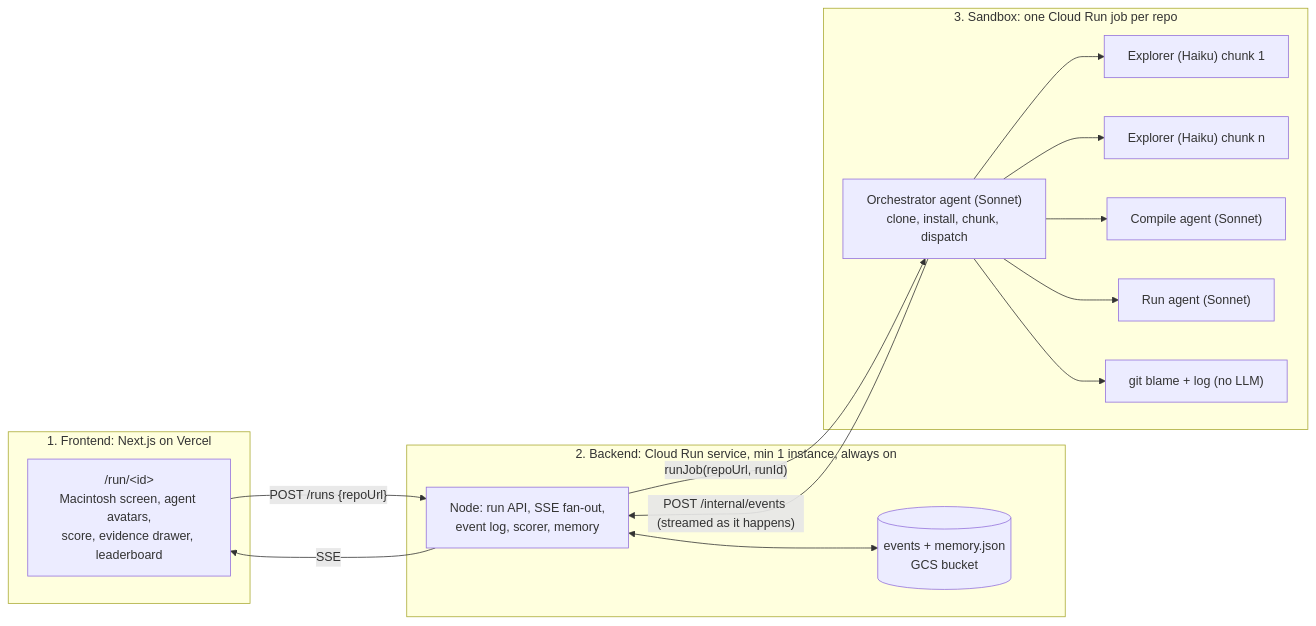
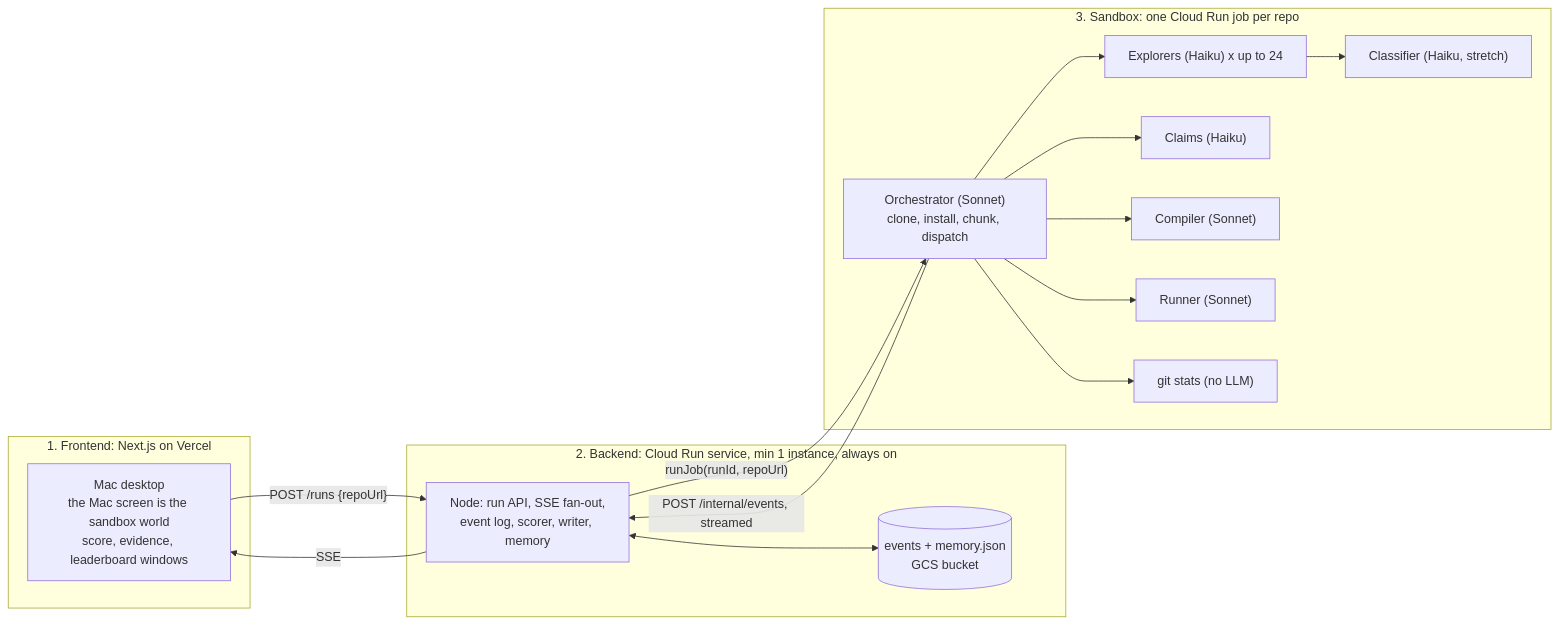
Before and after one commit to brgmry/moonfire-hackathon: the diagram in PLAN.md, drawn with Mermaid. The commit also changed other lines of this file and 6 other files, not shown here.

````diff
--- a/PLAN.md
+++ b/PLAN.md
@@ -18,28 +29,30 @@
 ```mermaid
 flowchart LR
   subgraph FE["1. Frontend: Next.js on Vercel"]
-    UI["/run/&lt;id&gt;<br/>Macintosh screen, agent avatars,<br/>score, evidence drawer, leaderboard"]
+    UI["Mac desktop<br/>the Mac screen is the sandbox world<br/>score, evidence, leaderboard windows"]
   end
   subgraph BE["2. Backend: Cloud Run service, min 1 instance, always on"]
-    API["Node: run API, SSE fan-out,<br/>event log, scorer, memory"]
+    API["Node: run API, SSE fan-out,<br/>event log, scorer, writer, memory"]
     MEM[("events + memory.json<br/>GCS bucket")]
   end
   subgraph SB["3. Sandbox: one Cloud Run job per repo"]
-    ORC["Orchestrator agent (Sonnet)<br/>clone, install, chunk, dispatch"]
-    EX1["Explorer (Haiku) chunk 1"]
-    EX2["Explorer (Haiku) chunk n"]
-    CMP["Compile agent (Sonnet)"]
-    RUN["Run agent (Sonnet)"]
-    GIT["git blame + log (no LLM)"]
+    ORC["Orchestrator (Sonnet)<br/>clone, install, chunk, dispatch"]
+    EX["Explorers (Haiku) x up to 24"]
+    CL["Claims (Haiku)"]
+    CMP["Compiler (Sonnet)"]
+    RUN["Runner (Sonnet)"]
+    GIT["git stats (no LLM)"]
+    CLS["Classifier (Haiku, stretch)"]
   end
   UI -- "POST /runs {repoUrl}" --> API
   API -- "SSE" --> UI
   API <--> MEM
-  API -- "runJob(repoUrl, runId)" --> ORC
-  ORC --> EX1
-  ORC --> EX2
+  API -- "runJob(runId, repoUrl)" --> ORC
+  ORC --> EX
+  ORC --> CL
   ORC --> CMP
   ORC --> RUN
   ORC --> GIT
-  ORC -- "POST /internal/events (streamed as it happens)" --> API
+  EX --> CLS
+  ORC -- "POST /internal/events, streamed" --> API
 ```
````
